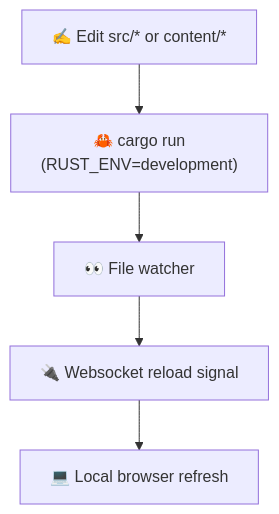
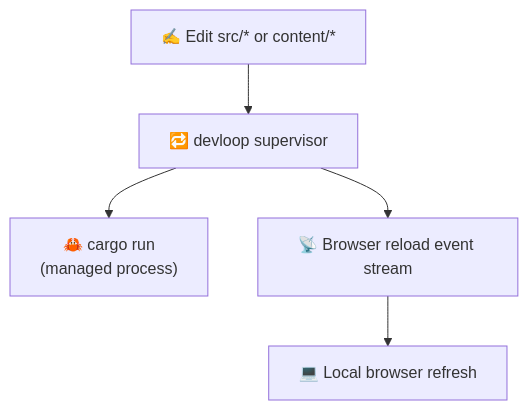
Before and after one commit to pasunboneleve/gcp-rust-blog-public: the second of 3 diagrams in content/posts/2026-03-02-how-this-blog-works.md, drawn with Mermaid. The commit also changed other lines of this file and 1 other file, not shown here.

Commit message:
Update docs for devloop-managed reloads

````diff
--- a/content/posts/2026-03-02-how-this-blog-works.md
+++ b/content/posts/2026-03-02-how-this-blog-works.md
@@ -55,14 +55,14 @@
 ```mermaid
 flowchart TD
 
   EDIT["✍️ Edit src/* or content/*"]
-  RUN["🦀 cargo run<br/>(RUST_ENV=development)"]
-  WATCH["👀 File watcher"]
-  WS["🔌 Websocket reload signal"]
+  DEVLOOP["🔁 devloop supervisor"]
+  SERVER["🦀 cargo run<br/>(managed process)"]
+  SSE["📡 Browser reload event stream"]
   BROWSER["💻 Local browser refresh"]
 
-  EDIT --> RUN
-  RUN --> WATCH
-  WATCH --> WS
-  WS --> BROWSER
+  EDIT --> DEVLOOP
+  DEVLOOP --> SERVER
+  DEVLOOP --> SSE
+  SSE --> BROWSER
 ```
````
